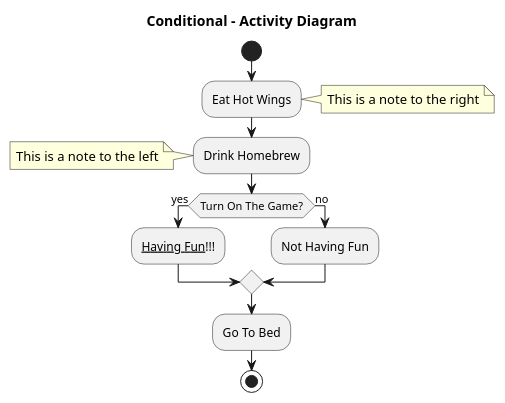
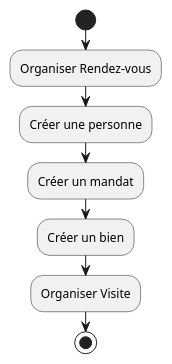
The diagram in DOC/UML/diagActivity.plantuml (DenisGuiraudet/MIASHS_UML_PTUT), drawn with PlantUML before and after one commit.

Commit message:
DOC : Activity

```diff
--- a/DOC/UML/diagActivity.plantuml
+++ b/DOC/UML/diagActivity.plantuml
@@ -2,24 +2,15 @@
 @startuml
-
-title Conditional - Activity Diagram
-
 
 start
 
-:Eat Hot Wings;
-note right: This is a note to the right
+:Organiser Rendez-vous;
 
-:Drink Homebrew;
-note left: This is a note to the left
+:Créer une personne;
+:Créer un mandat;
+:Créer un bien;
 
-if (Turn On The Game?) then (yes)
-  :__Having Fun__!!!;
-else (no)
-  :Not Having Fun;
-endif
-
-:Go To Bed;
+:Organiser Visite;
 
 stop
 
 @enduml
```
